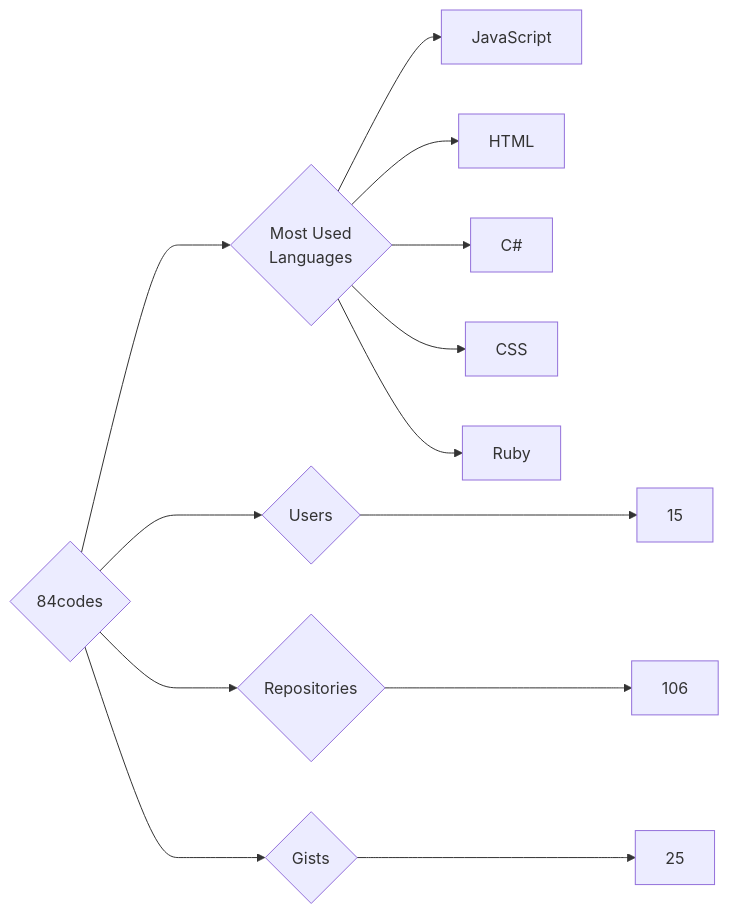
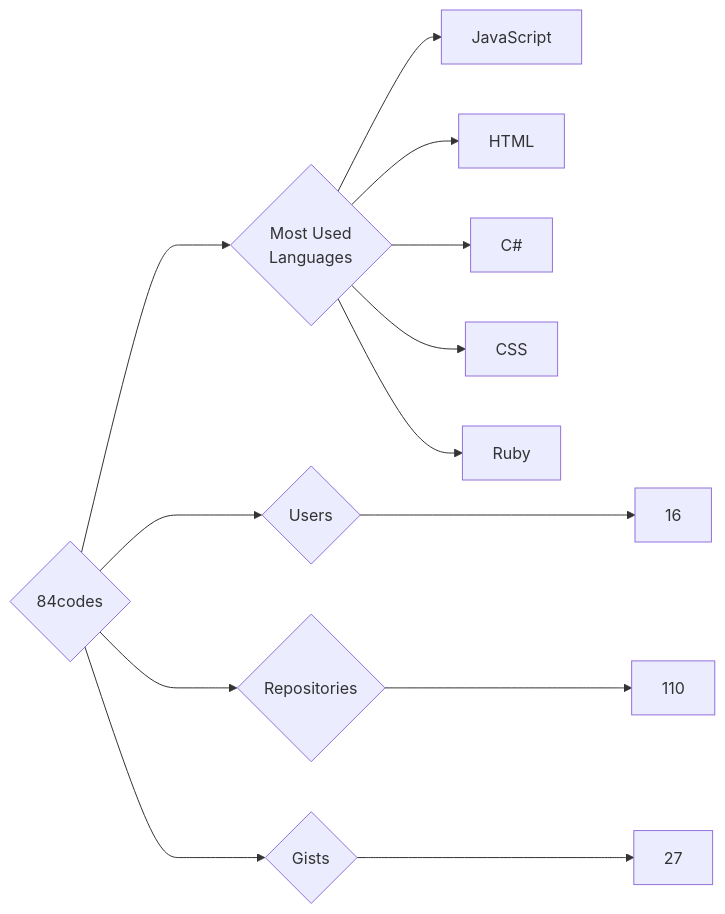
The diagram in targets/84codes/README.md (trickest/insiders), drawn with Mermaid before and after one commit. The commit also changed 1078 other files, not shown here.

````diff
--- a/targets/84codes/README.md
+++ b/targets/84codes/README.md
@@ -3,13 +3,13 @@
 ```mermaid
 graph LR
 COMPANY_NAME{84codes}
-COMPANY_NAME ---> U{Users} ---> UN[15]
-COMPANY_NAME ---> R{Repositories} ---> RN[106]
-COMPANY_NAME ---> G{Gists} ---> GN[25]
+COMPANY_NAME ---> U{Users} ---> UN[16]
+COMPANY_NAME ---> R{Repositories} ---> RN[110]
+COMPANY_NAME ---> G{Gists} ---> GN[27]
 COMPANY_NAME ---> ML{Most Used<br>Languages}
 ML --> JavaScript[JavaScript]
 ML --> HTML[HTML]
 ML --> C#[C#]
 ML --> CSS[CSS]
 ML --> Ruby[Ruby]
 ```
````
